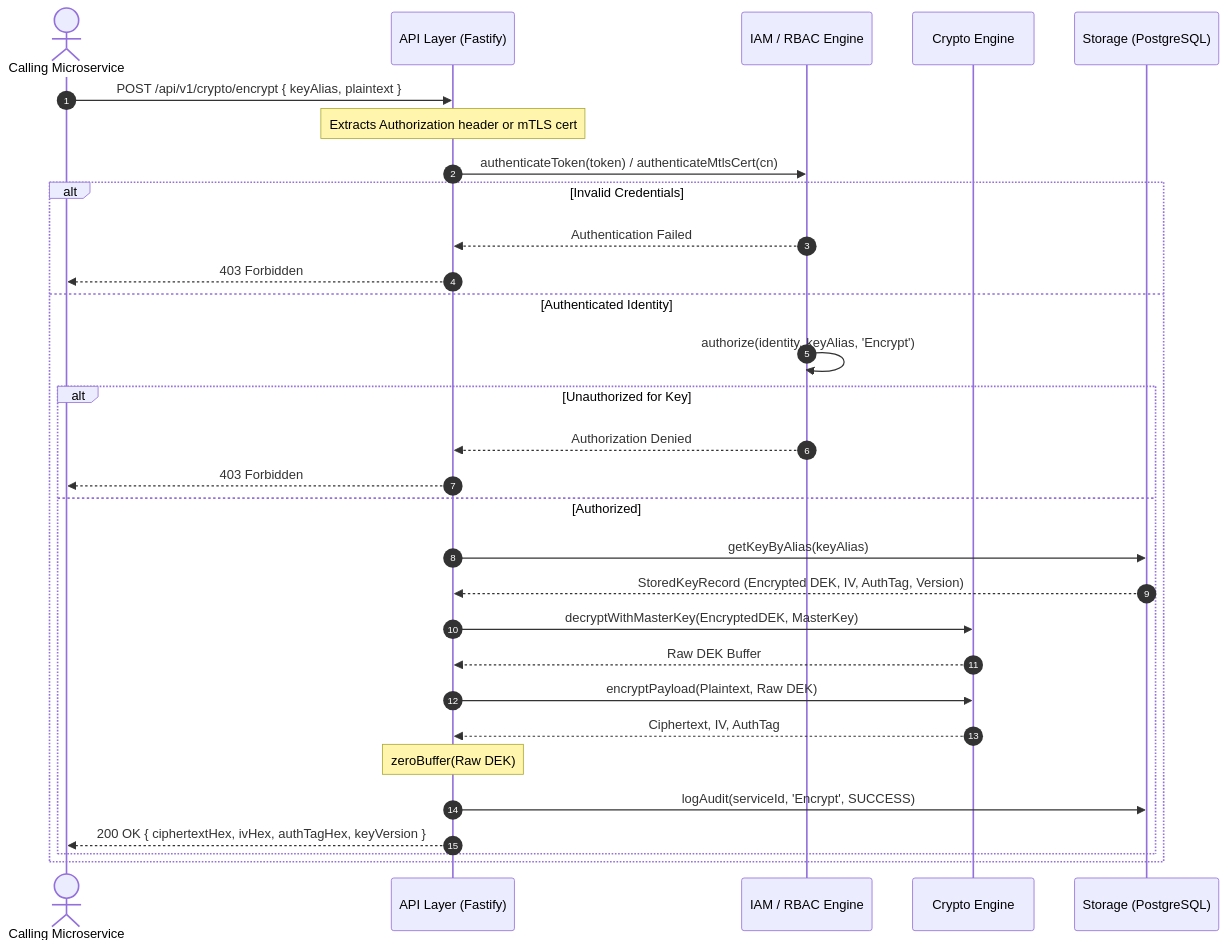
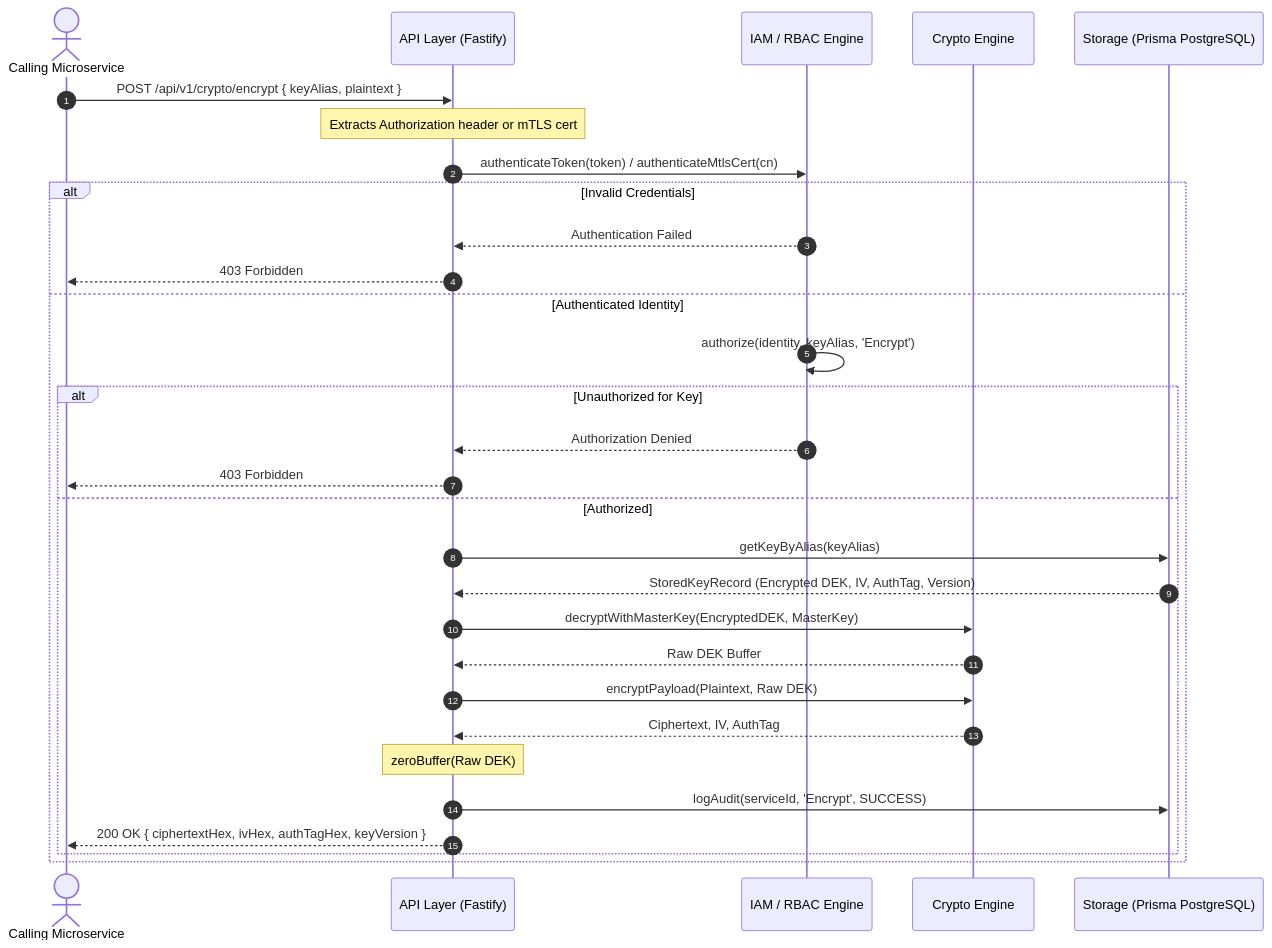
The second of 2 diagrams in docs/ARCHITECTURE.md (Annany2002/Enclave), drawn with Mermaid before and after one commit. The commit also changed other lines of this file and 1 other file, not shown here.

Commit message:
docs(arch): update system architecture spec for standalone server & PostgreSQL Prisma adapter

````diff
--- a/docs/ARCHITECTURE.md
+++ b/docs/ARCHITECTURE.md
@@ -117,33 +116,33 @@
 ```mermaid
 sequenceDiagram
     autonumber
     actor Microservice as Calling Microservice
     participant API as API Layer (Fastify)
     participant IAM as IAM / RBAC Engine
     participant Crypto as Crypto Engine
-    participant DB as Storage (PostgreSQL)
+    participant DB as Storage (Prisma PostgreSQL)
 
     Microservice->>API: POST /api/v1/crypto/encrypt { keyAlias, plaintext }
     Note over API: Extracts Authorization header or mTLS cert
     API->>IAM: authenticateToken(token) / authenticateMtlsCert(cn)
     alt Invalid Credentials
         IAM-->>API: Authentication Failed
         API-->>Microservice: 403 Forbidden
     else Authenticated Identity
         IAM->>IAM: authorize(identity, keyAlias, 'Encrypt')
         alt Unauthorized for Key
             IAM-->>API: Authorization Denied
             API-->>Microservice: 403 Forbidden
         else Authorized
             API->>DB: getKeyByAlias(keyAlias)
             DB-->>API: StoredKeyRecord (Encrypted DEK, IV, AuthTag, Version)
             API->>Crypto: decryptWithMasterKey(EncryptedDEK, MasterKey)
             Crypto-->>API: Raw DEK Buffer
             API->>Crypto: encryptPayload(Plaintext, Raw DEK)
             Crypto-->>API: Ciphertext, IV, AuthTag
             Note over API: zeroBuffer(Raw DEK)
             API->>DB: logAudit(serviceId, 'Encrypt', SUCCESS)
             API-->>Microservice: 200 OK { ciphertextHex, ivHex, authTagHex, keyVersion }
         end
     end
 ```
````
